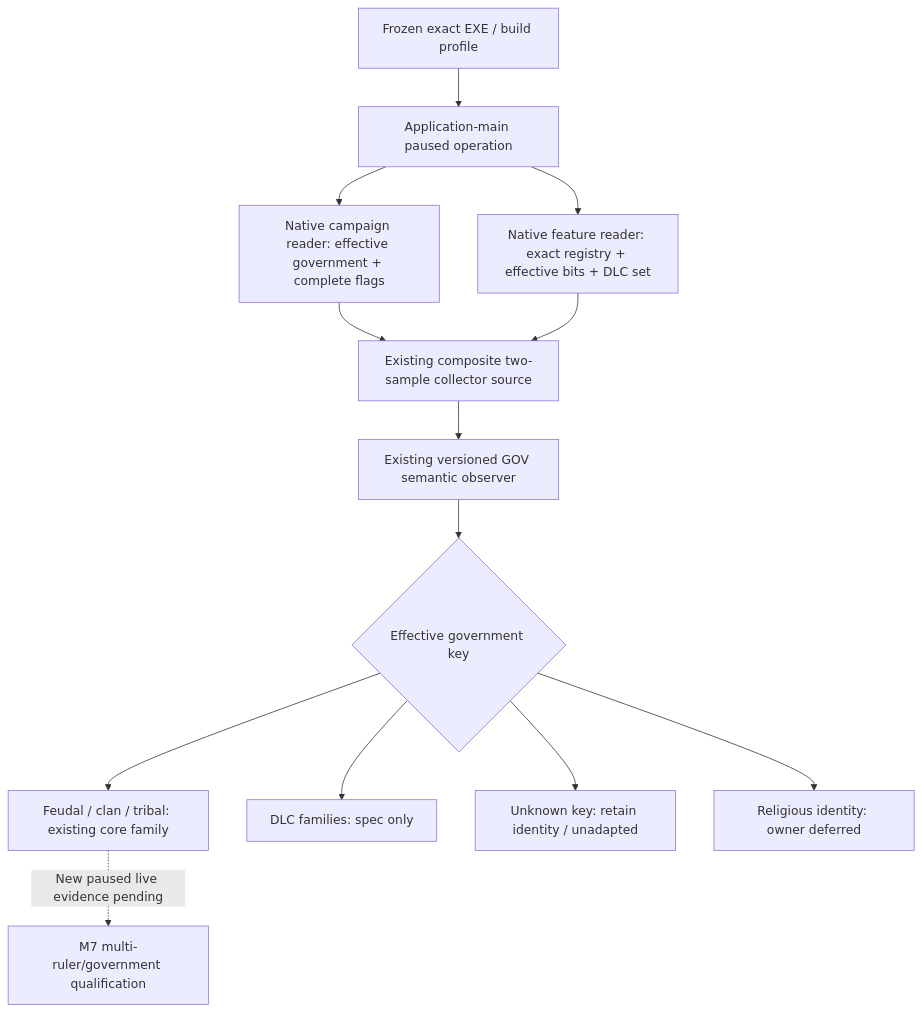
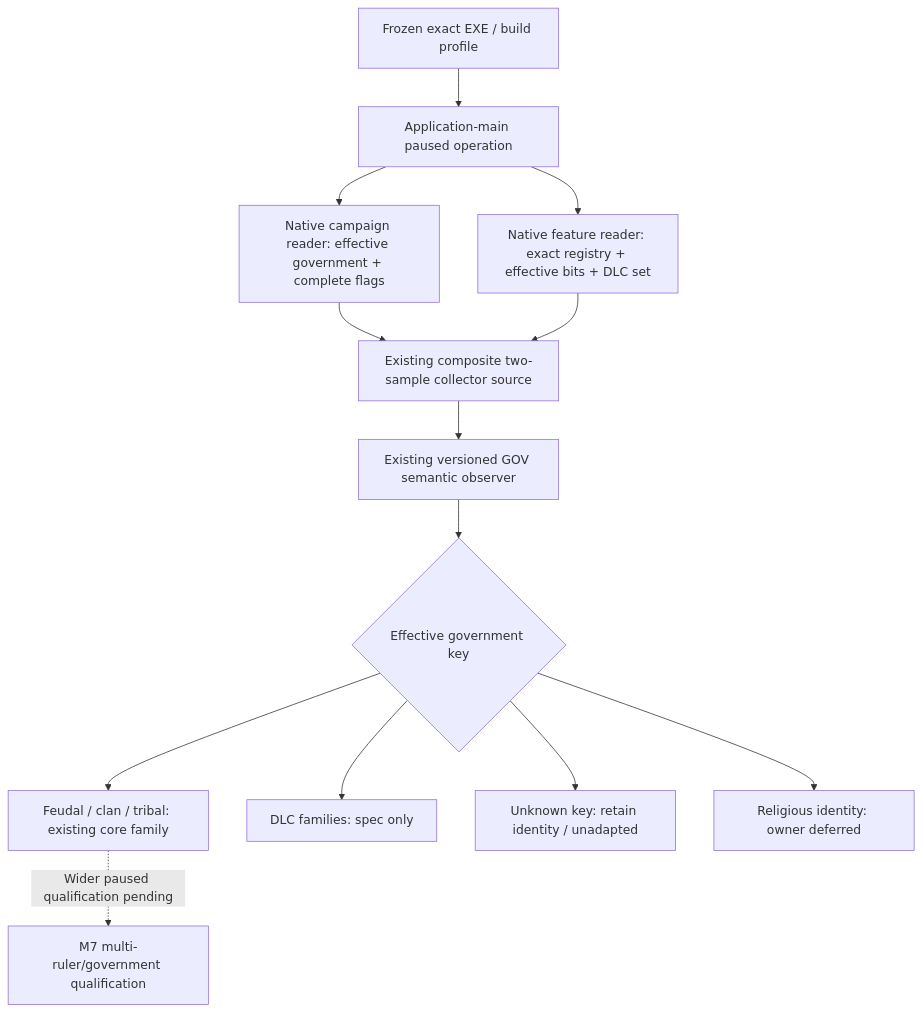
Before and after one commit to XenoAmess/ck3_eternal_recurrence: the diagram in docs/ck3-native-ai/government-runtime-adapter-1.20.0.2.md, drawn with Mermaid. The commit also changed other lines of this file and 5 other files, not shown here.

````diff
--- a/docs/ck3-native-ai/government-runtime-adapter-1.20.0.2.md
+++ b/docs/ck3-native-ai/government-runtime-adapter-1.20.0.2.md
@@ -39,15 +39,15 @@
 ```mermaid
 flowchart TD
   E["Frozen exact EXE / build profile"] --> P["Application-main paused operation"]
   P --> C["Native campaign reader: effective government + complete flags"]
   P --> F["Native feature reader: exact registry + effective bits + DLC set"]
   C --> S["Existing composite two-sample collector source"]
   F --> S
   S --> O["Existing versioned GOV semantic observer"]
   O --> G{"Effective government key"}
   G --> K["Feudal / clan / tribal: existing core family"]
   G --> D["DLC families: spec only"]
   G --> U["Unknown key: retain identity / unadapted"]
   G --> R["Religious identity: owner deferred"]
-  K -. "New paused live evidence pending" .-> L["M7 multi-ruler/government qualification"]
+  K -. "Wider paused qualification pending" .-> L["M7 multi-ruler/government qualification"]
 ```
````
